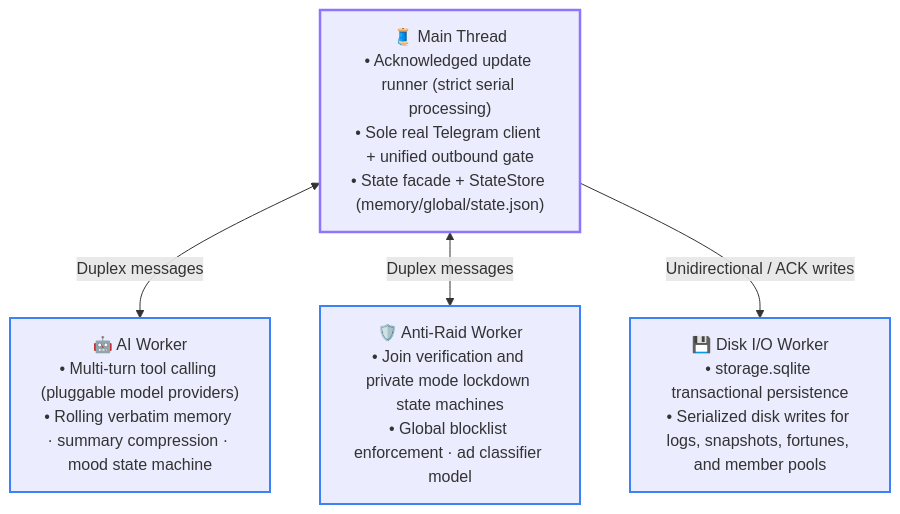
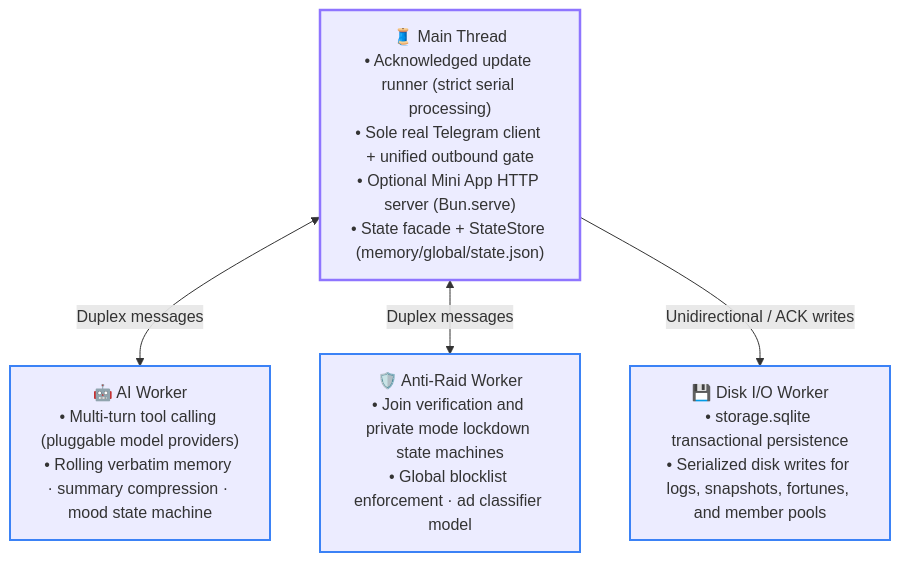
One commit to AsaNeonSama/copy_ninjia changed the first of 2 diagrams in docs/en/02-architecture.md. Above: the diagram before and after it, drawn with Mermaid. The commit also changed other lines of this file and 781 other files, not shown here.

````diff
--- a/docs/en/02-architecture.md
+++ b/docs/en/02-architecture.md
@@ -17,14 +17,14 @@
 ```mermaid
 flowchart TD
     classDef main stroke:#8e75ff,stroke-width:2.5px;
     classDef worker stroke:#3b82f6,stroke-width:2px;
 
-    MAIN["🧵 Main Thread<br/>• Acknowledged update runner (strict serial processing)<br/>• Sole real Telegram client + unified outbound gate<br/>• State facade + StateStore (memory/global/state.json)"]:::main
+    MAIN["🧵 Main Thread<br/>• Acknowledged update runner (strict serial processing)<br/>• Sole real Telegram client + unified outbound gate<br/>• Optional Mini App HTTP server (Bun.serve)<br/>• State facade + StateStore (memory/global/state.json)"]:::main
     AI["🤖 AI Worker<br/>• Multi-turn tool calling (pluggable model providers)<br/>• Rolling verbatim memory · summary compression · mood state machine"]:::worker
     RAID["🛡️ Anti-Raid Worker<br/>• Join verification and private mode lockdown state machines<br/>• Global blocklist enforcement · ad classifier model"]:::worker
     DISK["💾 Disk I/O Worker<br/>• storage.sqlite transactional persistence<br/>• Serialized disk writes for logs, snapshots, fortunes, and member pools"]:::worker
 
     MAIN <-->|Duplex messages| AI
     MAIN <-->|Duplex messages| RAID
     MAIN -->|Unidirectional / ACK writes| DISK
 ```
````
